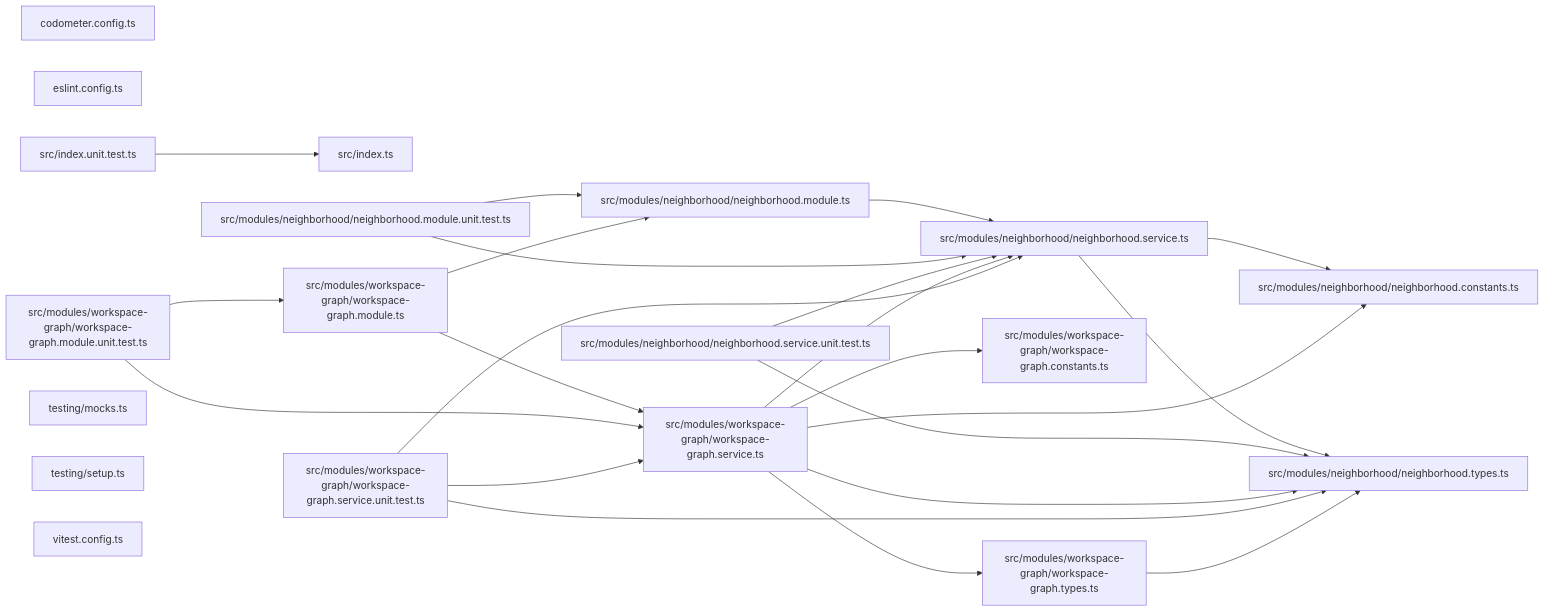
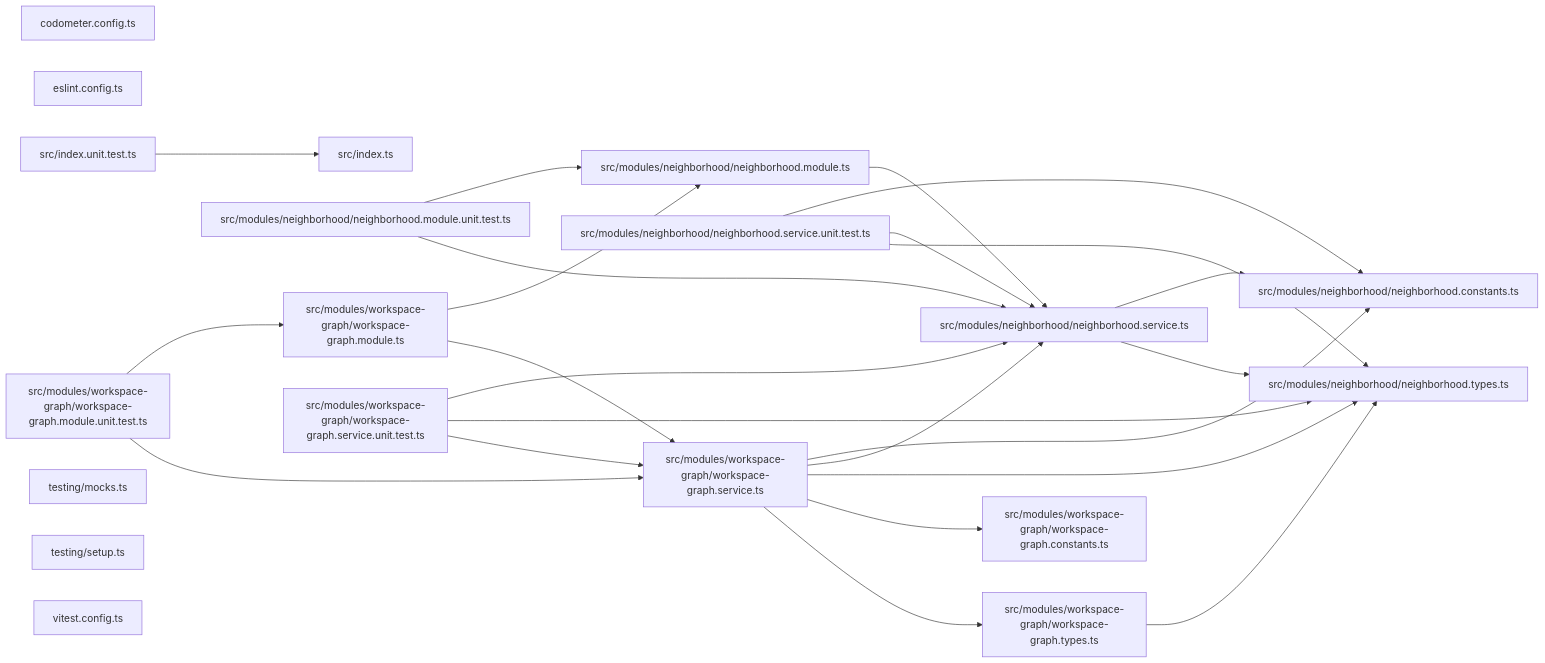
The third of 3 diagrams in packages/codependix-nx/README.md (JimmyPaolini/codebase), drawn with Mermaid before and after one commit. The commit also changed other lines of this file and 9 other files, not shown here.

````diff
--- a/packages/codependix-nx/README.md
+++ b/packages/codependix-nx/README.md
@@ -42,43 +42,44 @@
 ```mermaid
 graph LR
   file_codometer_config_ts["codometer.config.ts"]
   file_eslint_config_ts["eslint.config.ts"]
   file_src_index_ts["src/index.ts"]
   file_src_index_unit_test_ts["src/index.unit.test.ts"]
   file_src_modules_neighborhood_neighborhood_constants_ts["src/modules/neighborhood/neighborhood.constants.ts"]
   file_src_modules_neighborhood_neighborhood_module_ts["src/modules/neighborhood/neighborhood.module.ts"]
   file_src_modules_neighborhood_neighborhood_module_unit_test_ts["src/modules/neighborhood/neighborhood.module.unit.test.ts"]
   file_src_modules_neighborhood_neighborhood_service_ts["src/modules/neighborhood/neighborhood.service.ts"]
   file_src_modules_neighborhood_neighborhood_service_unit_test_ts["src/modules/neighborhood/neighborhood.service.unit.test.ts"]
   file_src_modules_neighborhood_neighborhood_types_ts["src/modules/neighborhood/neighborhood.types.ts"]
   file_src_modules_workspace_graph_workspace_graph_constants_ts["src/modules/workspace-graph/workspace-graph.constants.ts"]
   file_src_modules_workspace_graph_workspace_graph_module_ts["src/modules/workspace-graph/workspace-graph.module.ts"]
   file_src_modules_workspace_graph_workspace_graph_module_unit_test_ts["src/modules/workspace-graph/workspace-graph.module.unit.test.ts"]
   file_src_modules_workspace_graph_workspace_graph_service_ts["src/modules/workspace-graph/workspace-graph.service.ts"]
   file_src_modules_workspace_graph_workspace_graph_service_unit_test_ts["src/modules/workspace-graph/workspace-graph.service.unit.test.ts"]
   file_src_modules_workspace_graph_workspace_graph_types_ts["src/modules/workspace-graph/workspace-graph.types.ts"]
   file_testing_mocks_ts["testing/mocks.ts"]
   file_testing_setup_ts["testing/setup.ts"]
   file_vitest_config_ts["vitest.config.ts"]
   file_src_index_unit_test_ts --> file_src_index_ts
   file_src_modules_neighborhood_neighborhood_module_ts --> file_src_modules_neighborhood_neighborhood_service_ts
   file_src_modules_neighborhood_neighborhood_module_unit_test_ts --> file_src_modules_neighborhood_neighborhood_module_ts
   file_src_modules_neighborhood_neighborhood_module_unit_test_ts --> file_src_modules_neighborhood_neighborhood_service_ts
   file_src_modules_neighborhood_neighborhood_service_ts --> file_src_modules_neighborhood_neighborhood_constants_ts
   file_src_modules_neighborhood_neighborhood_service_ts --> file_src_modules_neighborhood_neighborhood_types_ts
+  file_src_modules_neighborhood_neighborhood_service_unit_test_ts --> file_src_modules_neighborhood_neighborhood_constants_ts
   file_src_modules_neighborhood_neighborhood_service_unit_test_ts --> file_src_modules_neighborhood_neighborhood_service_ts
   file_src_modules_neighborhood_neighborhood_service_unit_test_ts --> file_src_modules_neighborhood_neighborhood_types_ts
   file_src_modules_workspace_graph_workspace_graph_module_ts --> file_src_modules_neighborhood_neighborhood_module_ts
   file_src_modules_workspace_graph_workspace_graph_module_ts --> file_src_modules_workspace_graph_workspace_graph_service_ts
   file_src_modules_workspace_graph_workspace_graph_module_unit_test_ts --> file_src_modules_workspace_graph_workspace_graph_module_ts
   file_src_modules_workspace_graph_workspace_graph_module_unit_test_ts --> file_src_modules_workspace_graph_workspace_graph_service_ts
   file_src_modules_workspace_graph_workspace_graph_service_ts --> file_src_modules_neighborhood_neighborhood_constants_ts
   file_src_modules_workspace_graph_workspace_graph_service_ts --> file_src_modules_neighborhood_neighborhood_service_ts
   file_src_modules_workspace_graph_workspace_graph_service_ts --> file_src_modules_neighborhood_neighborhood_types_ts
   file_src_modules_workspace_graph_workspace_graph_service_ts --> file_src_modules_workspace_graph_workspace_graph_constants_ts
   file_src_modules_workspace_graph_workspace_graph_service_ts --> file_src_modules_workspace_graph_workspace_graph_types_ts
   file_src_modules_workspace_graph_workspace_graph_service_unit_test_ts --> file_src_modules_neighborhood_neighborhood_service_ts
   file_src_modules_workspace_graph_workspace_graph_service_unit_test_ts --> file_src_modules_neighborhood_neighborhood_types_ts
   file_src_modules_workspace_graph_workspace_graph_service_unit_test_ts --> file_src_modules_workspace_graph_workspace_graph_service_ts
   file_src_modules_workspace_graph_workspace_graph_types_ts --> file_src_modules_neighborhood_neighborhood_types_ts
 ```
````
